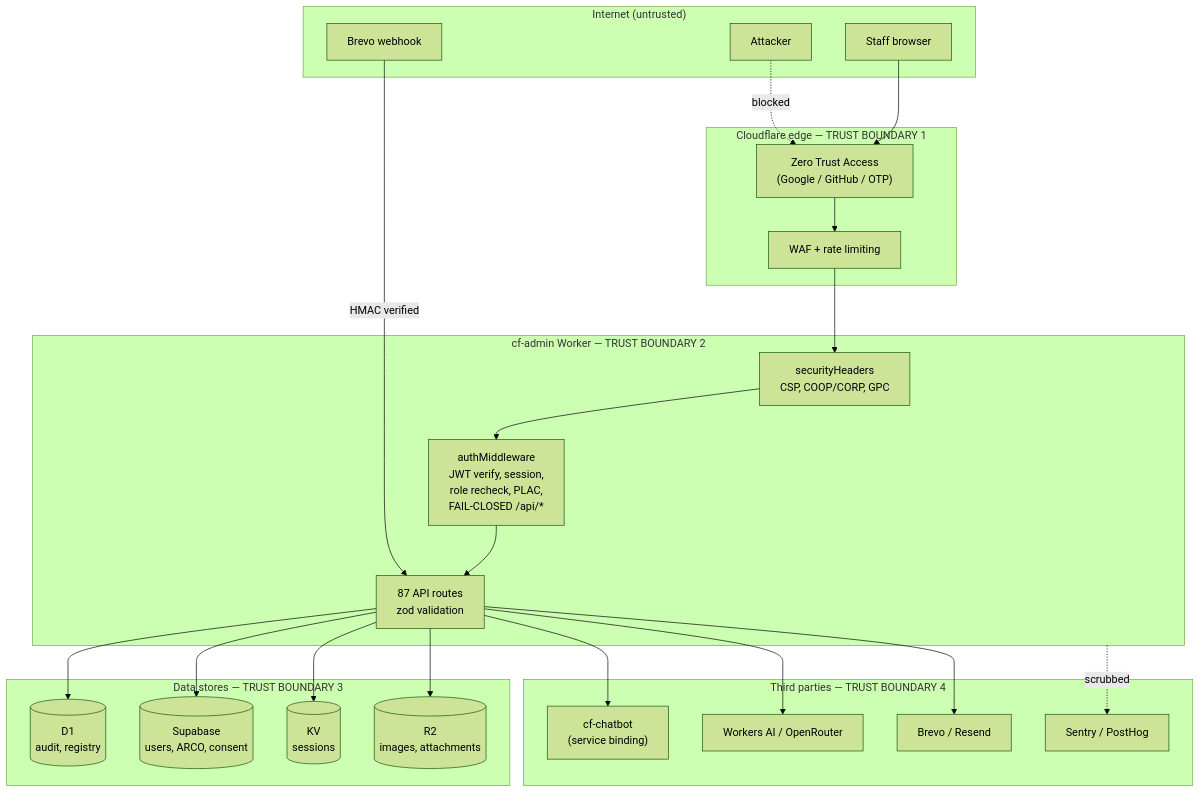
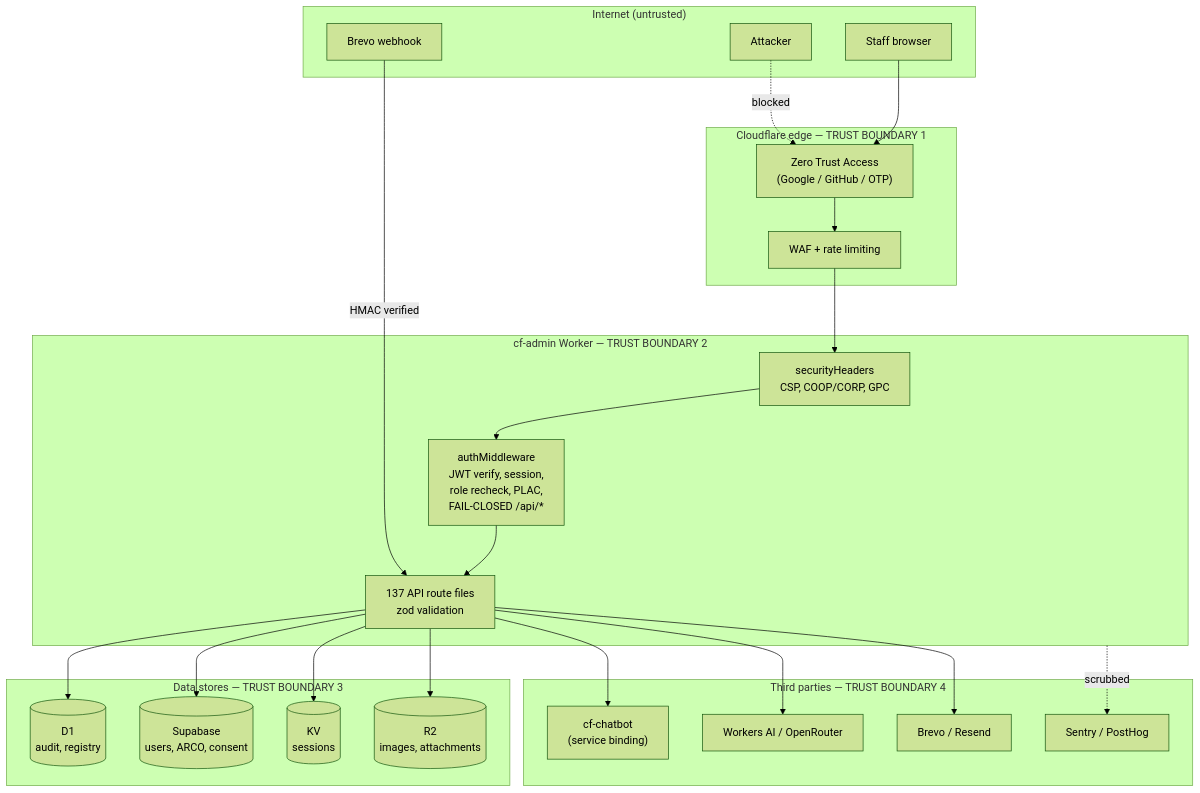
One commit to Harshil8136/chess-game1 changed the diagram in synced-docs/cf-admin/documentation/security/THREAT-MODEL.md. Above: the diagram before and after it, drawn with Mermaid (forest theme). The commit also changed other lines of this file and 38 other files, not shown here.

````diff
--- a/synced-docs/cf-admin/documentation/security/THREAT-MODEL.md
+++ b/synced-docs/cf-admin/documentation/security/THREAT-MODEL.md
@@ -35,42 +35,42 @@
 ```mermaid
 flowchart TB
     subgraph internet["Internet (untrusted)"]
         staff["Staff browser"]
         attacker["Attacker"]
         brevo["Brevo webhook"]
     end
 
     subgraph cfedge["Cloudflare edge — TRUST BOUNDARY 1"]
         access["Zero Trust Access<br/>(Google / GitHub / OTP)"]
         waf["WAF + rate limiting"]
     end
 
     subgraph worker["cf-admin Worker — TRUST BOUNDARY 2"]
         csp["securityHeaders<br/>CSP, COOP/CORP, GPC"]
         pipeline["authMiddleware<br/>JWT verify, session,<br/>role recheck, PLAC,<br/>FAIL-CLOSED /api/*"]
-        routes["87 API routes<br/>zod validation"]
+        routes["137 API route files<br/>zod validation"]
     end
 
     subgraph data["Data stores — TRUST BOUNDARY 3"]
         d1[("D1<br/>audit, registry")]
         pg[("Supabase<br/>users, ARCO, consent")]
         kv[("KV<br/>sessions")]
         r2[("R2<br/>images, attachments")]
     end
 
     subgraph ext["Third parties — TRUST BOUNDARY 4"]
         chatbot["cf-chatbot<br/>(service binding)"]
         ai["Workers AI / OpenRouter"]
         mail["Brevo / Resend"]
         obs["Sentry / PostHog"]
     end
 
     staff --> access
     attacker -.->|blocked| access
     access --> waf --> csp --> pipeline --> routes
     brevo -->|HMAC verified| routes
 
     routes --> d1 & pg & kv & r2
     routes --> chatbot & ai & mail
     worker -.->|scrubbed| obs
 ```
````
